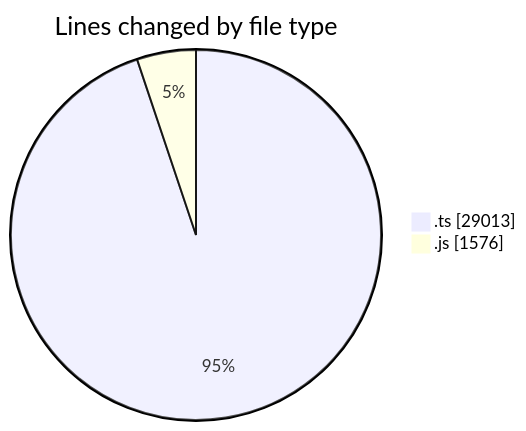
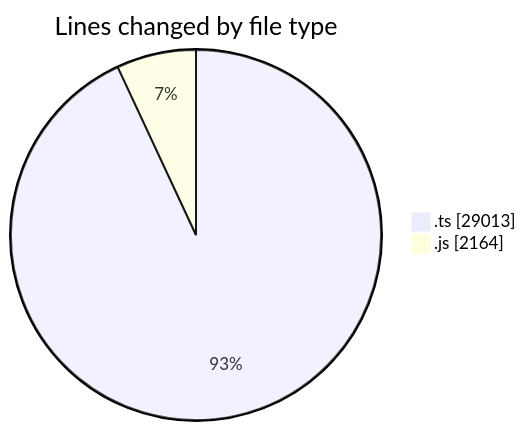
One commit to momahboobian/code-tracking changed the first of 2 diagrams in 2025-06-26/cda/README.md. Above: the diagram before and after it, drawn with Mermaid. The commit also changed other lines of this file and 1 other file, not shown here.

````diff
--- a/2025-06-26/cda/README.md
+++ b/2025-06-26/cda/README.md
@@ -30,6 +31,6 @@
 ```mermaid
 pie showData
 title Lines changed by file type
 ".ts" : 29013
-".js" : 1576
+".js" : 2164
 ```
````
